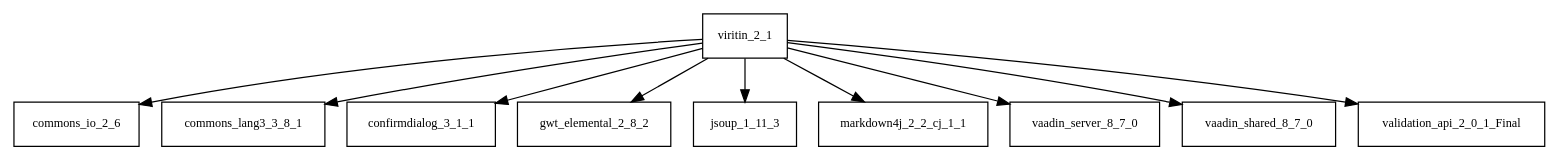
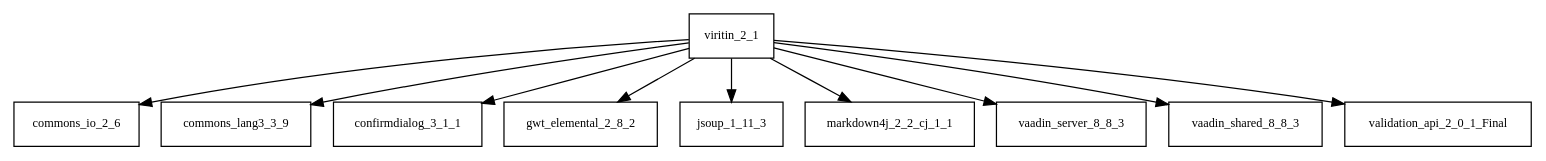
The diagram in tattleTaleReport/graphviz/viritin-2.1.jar/viritin-2.1.jar.dot (Hack23/cia), drawn with Graphviz before and after one commit. The commit also changed 4049 other files, not shown here.

```diff
--- a/tattleTaleReport/graphviz/viritin-2.1.jar/viritin-2.1.jar.dot
+++ b/tattleTaleReport/graphviz/viritin-2.1.jar/viritin-2.1.jar.dot
@@ -1,12 +1,12 @@
 digraph viritin_2_1_dependencies {
   node [shape = box, fontsize=10.0];
   viritin_2_1 -> commons_io_2_6;
-  viritin_2_1 -> commons_lang3_3_8_1;
+  viritin_2_1 -> commons_lang3_3_9;
   viritin_2_1 -> confirmdialog_3_1_1;
   viritin_2_1 -> gwt_elemental_2_8_2;
   viritin_2_1 -> jsoup_1_11_3;
   viritin_2_1 -> markdown4j_2_2_cj_1_1;
-  viritin_2_1 -> vaadin_server_8_7_0;
-  viritin_2_1 -> vaadin_shared_8_7_0;
+  viritin_2_1 -> vaadin_server_8_8_3;
+  viritin_2_1 -> vaadin_shared_8_8_3;
   viritin_2_1 -> validation_api_2_0_1_Final;
 }
```
